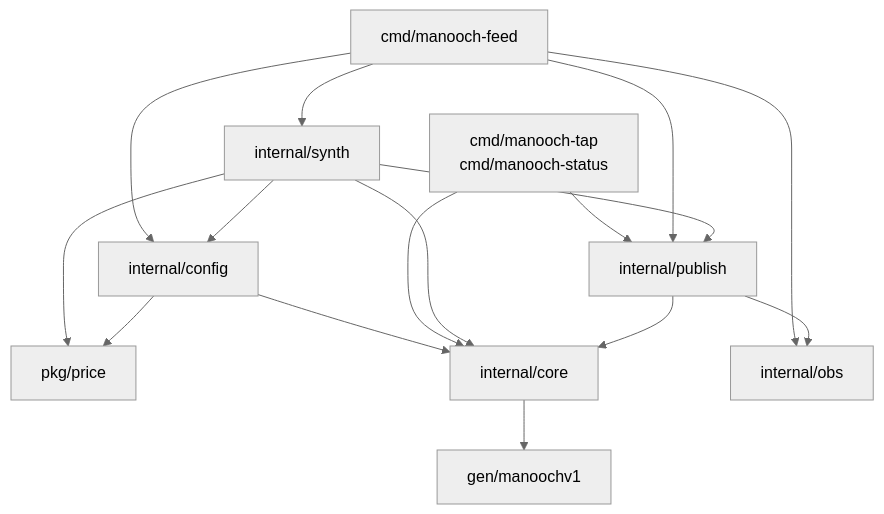
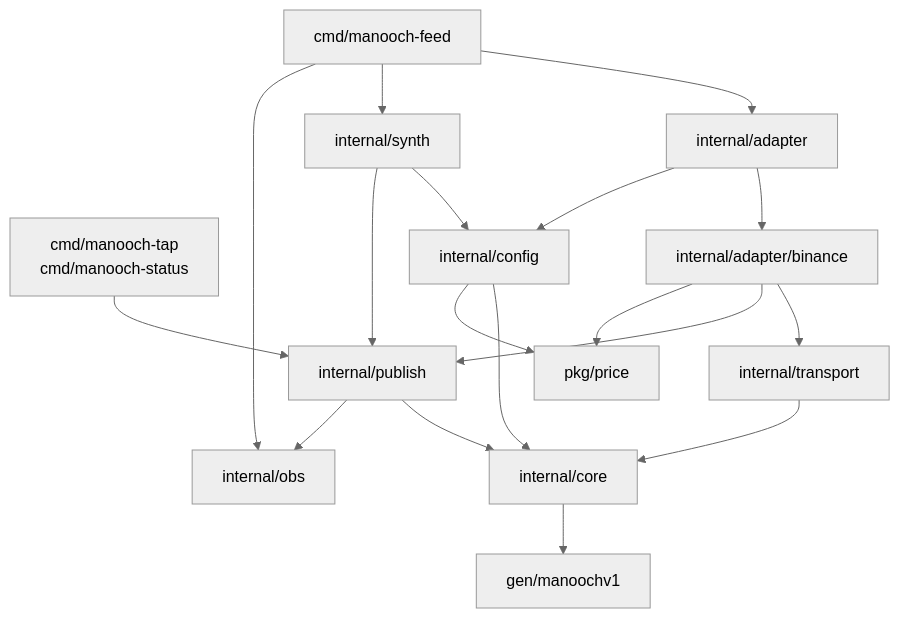
Before and after one commit to mrfatolahi1/Manooch: the first of 2 diagrams in docs/architecture.md, drawn with Mermaid (neutral theme). The commit also changed other lines of this file and 12 other files, not shown here.

First line of the commit message:
docs: update architecture and contract

````diff
--- a/docs/architecture.md
+++ b/docs/architecture.md
@@ -21,18 +23,20 @@
 ```mermaid
 graph TD
-  feed["cmd/manooch-feed"] --> config["internal/config"]
+  feed["cmd/manooch-feed"] --> adapter["internal/adapter"]
+  feed --> synth["internal/synth"]
+  feed --> obs["internal/obs"]
   cli["cmd/manooch-tap<br/>cmd/manooch-status"] --> publish["internal/publish"]
-  synth["internal/synth"] --> price["pkg/price"]
-  config --> core["internal/core"]
-  core --> gen["gen/manoochv1"]
-  feed --> synth
-  feed --> publish
-  feed --> obs["internal/obs"]
-  cli --> core
+  adapter --> binance["internal/adapter/binance"]
+  adapter --> config["internal/config"]
+  binance --> transport["internal/transport"]
+  binance --> publish
+  binance --> price["pkg/price"]
+  transport --> core["internal/core"]
   synth --> config
   synth --> publish
-  synth --> core
+  config --> core
   config --> price
   publish --> core
   publish --> obs
+  core --> gen["gen/manoochv1"]
 ```
````
